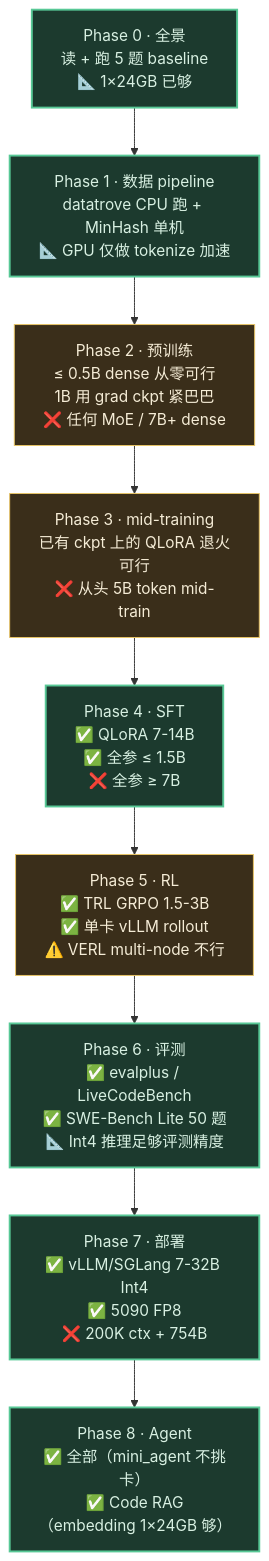
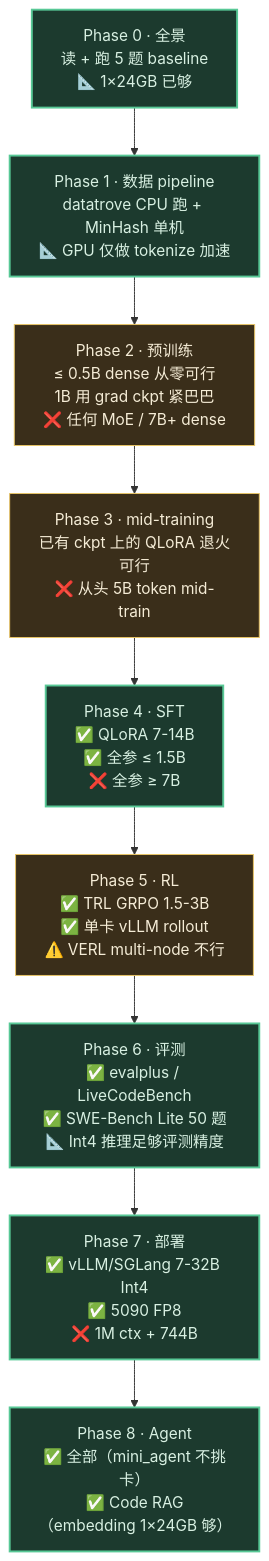
Before and after one commit to sqhuang/coding-llm-handbook: the diagram in phase_consumer.md, drawn with Mermaid. The commit also changed 31 other files, not shown here.

````diff
--- a/phase_consumer.md
+++ b/phase_consumer.md
@@ -33,18 +33,18 @@
 ```mermaid
 flowchart TB
     classDef ok fill:#1c3a2e,stroke:#58c896,color:#d8f0e2,stroke-width:2px
     classDef partial fill:#3a2e1a,stroke:#e8c465,color:#f5ecd6
     classDef no fill:#3a1c1c,stroke:#e87a7a,color:#f0d0d0
 
     P0["Phase 0 · 全景<br/>读 + 跑 5 题 baseline<br/>📐 1×24GB 已够"]:::ok
     P1["Phase 1 · 数据 pipeline<br/>datatrove CPU 跑 + MinHash 单机<br/>📐 GPU 仅做 tokenize 加速"]:::ok
     P2["Phase 2 · 预训练<br/>≤ 0.5B dense 从零可行<br/>1B 用 grad ckpt 紧巴巴<br/>❌ 任何 MoE / 7B+ dense"]:::partial
     P3["Phase 3 · mid-training<br/>已有 ckpt 上的 QLoRA 退火可行<br/>❌ 从头 5B token mid-train"]:::partial
     P4["Phase 4 · SFT<br/>✅ QLoRA 7-14B<br/>✅ 全参 ≤ 1.5B<br/>❌ 全参 ≥ 7B"]:::ok
     P5["Phase 5 · RL<br/>✅ TRL GRPO 1.5-3B<br/>✅ 单卡 vLLM rollout<br/>⚠️ VERL multi-node 不行"]:::partial
     P6["Phase 6 · 评测<br/>✅ evalplus / LiveCodeBench<br/>✅ SWE-Bench Lite 50 题<br/>📐 Int4 推理足够评测精度"]:::ok
-    P7["Phase 7 · 部署<br/>✅ vLLM/SGLang 7-32B Int4<br/>✅ 5090 FP8<br/>❌ 200K ctx + 754B"]:::ok
+    P7["Phase 7 · 部署<br/>✅ vLLM/SGLang 7-32B Int4<br/>✅ 5090 FP8<br/>❌ 1M ctx + 744B"]:::ok
     P8["Phase 8 · Agent<br/>✅ 全部（mini_agent 不挑卡）<br/>✅ Code RAG（embedding 1×24GB 够）"]:::ok
 
     P0 --> P1 --> P2 --> P3 --> P4 --> P5 --> P6 --> P7 --> P8
 ```
````
